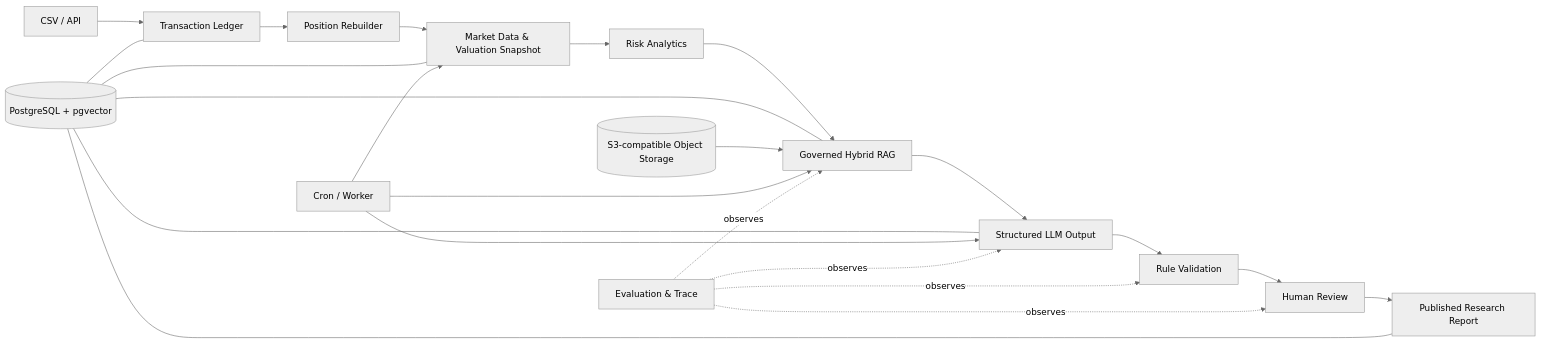
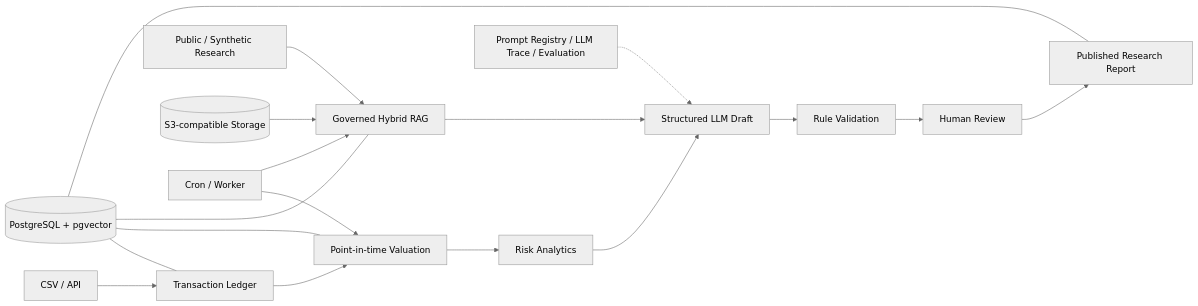
The diagram in README.md (xjy0526/PortfolioPilot), drawn with Mermaid (neutral theme) before and after one commit. The commit also changed other lines of this file and 12 other files, not shown here.

````diff
--- a/README.md
+++ b/README.md
@@ -30,26 +20,21 @@
 ```mermaid
 flowchart LR
     INPUT[CSV / API] --> LEDGER[Transaction Ledger]
-    LEDGER --> REBUILD[Position Rebuilder]
-    REBUILD --> SNAPSHOT[Market Data & Valuation Snapshot]
-    SNAPSHOT --> RISK[Risk Analytics]
-    RISK --> RAG[Governed Hybrid RAG]
-    RAG --> LLM[Structured LLM Output]
-    LLM --> RULES[Rule Validation]
+    LEDGER --> VALUE[Point-in-time Valuation]
+    VALUE --> RISK[Risk Analytics]
+    DOCS[Public / Synthetic Research] --> RAG[Governed Hybrid RAG]
+    RISK --> DRAFT[Structured LLM Draft]
+    RAG --> DRAFT
+    DRAFT --> RULES[Rule Validation]
     RULES --> REVIEW[Human Review]
     REVIEW --> REPORT[Published Research Report]
 
-    DB[(PostgreSQL + pgvector)] --- LEDGER
-    DB --- SNAPSHOT
-    DB --- RAG
-    DB --- LLM
-    DB --- REPORT
-    STORAGE[(S3-compatible Object Storage)] --> RAG
-    WORKER[Cron / Worker] --> SNAPSHOT
+    PG[(PostgreSQL + pgvector)] --- LEDGER
+    PG --- VALUE
+    PG --- RAG
+    PG --- REPORT
+    STORE[(S3-compatible Storage)] --> RAG
+    WORKER[Cron / Worker] --> VALUE
     WORKER --> RAG
-    WORKER --> LLM
-    TRACE[Evaluation & Trace] -. observes .-> RAG
-    TRACE -. observes .-> LLM
-    TRACE -. observes .-> RULES
-    TRACE -. observes .-> REVIEW
+    TRACE[Prompt Registry / LLM Trace / Evaluation] -.-> DRAFT
 ```
````
